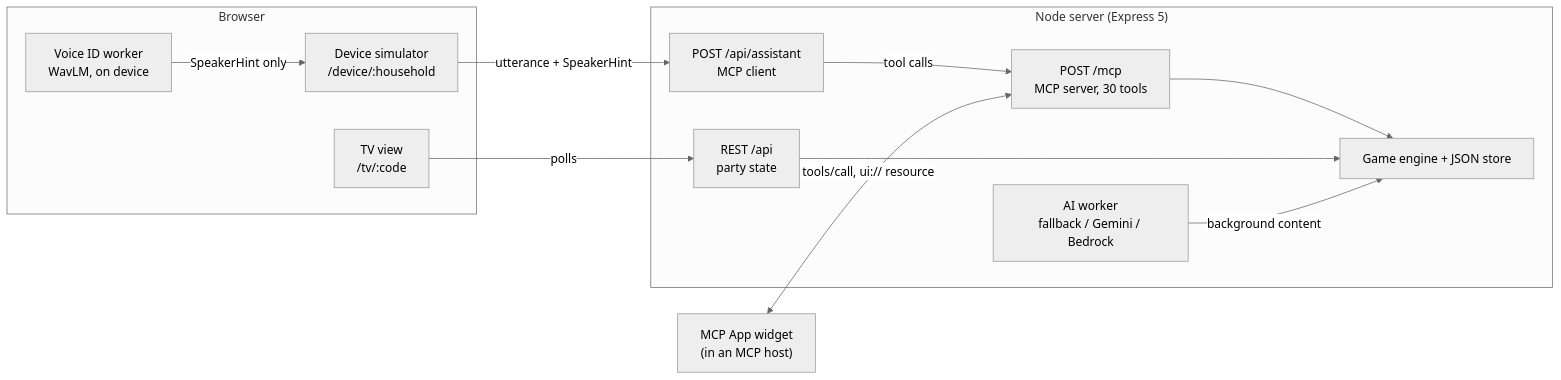
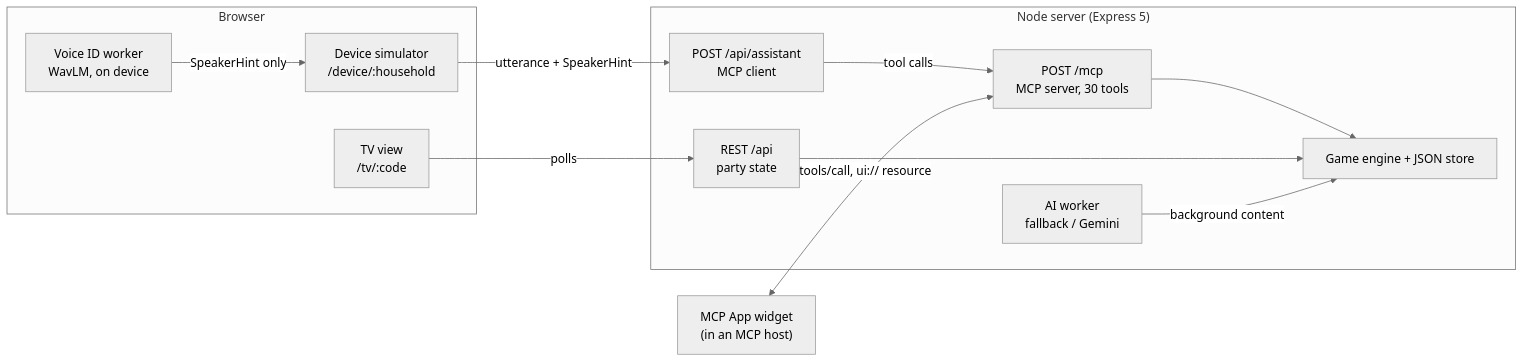
One commit to Azrkiel/Benchwarmers changed the diagram in README.md. Above: the diagram before and after it, drawn with Mermaid (neutral theme). The commit also changed other lines of this file and 41 other files, not shown here.

````diff
--- a/README.md
+++ b/README.md
@@ -25,24 +25,24 @@
 ```mermaid
 flowchart LR
   subgraph Browser
     DEV["Device simulator<br/>/device/:household"]
     VID["Voice ID worker<br/>WavLM, on device"]
     TV["TV view<br/>/tv/:code"]
   end
   subgraph Server["Node server (Express 5)"]
     ASSIST["POST /api/assistant<br/>MCP client"]
     MCP["POST /mcp<br/>MCP server, 30 tools"]
     REST["REST /api<br/>party state"]
     ENGINE["Game engine + JSON store"]
-    AI["AI worker<br/>fallback / Gemini / Bedrock"]
+    AI["AI worker<br/>fallback / Gemini"]
   end
   WIDGET["MCP App widget<br/>(in an MCP host)"]
   VID -- SpeakerHint only --> DEV
   DEV -- utterance + SpeakerHint --> ASSIST
   ASSIST -- tool calls --> MCP
   WIDGET <-- tools/call, ui:// resource --> MCP
   MCP --> ENGINE
   REST --> ENGINE
   TV -- polls --> REST
   AI -- background content --> ENGINE
 ```
````
